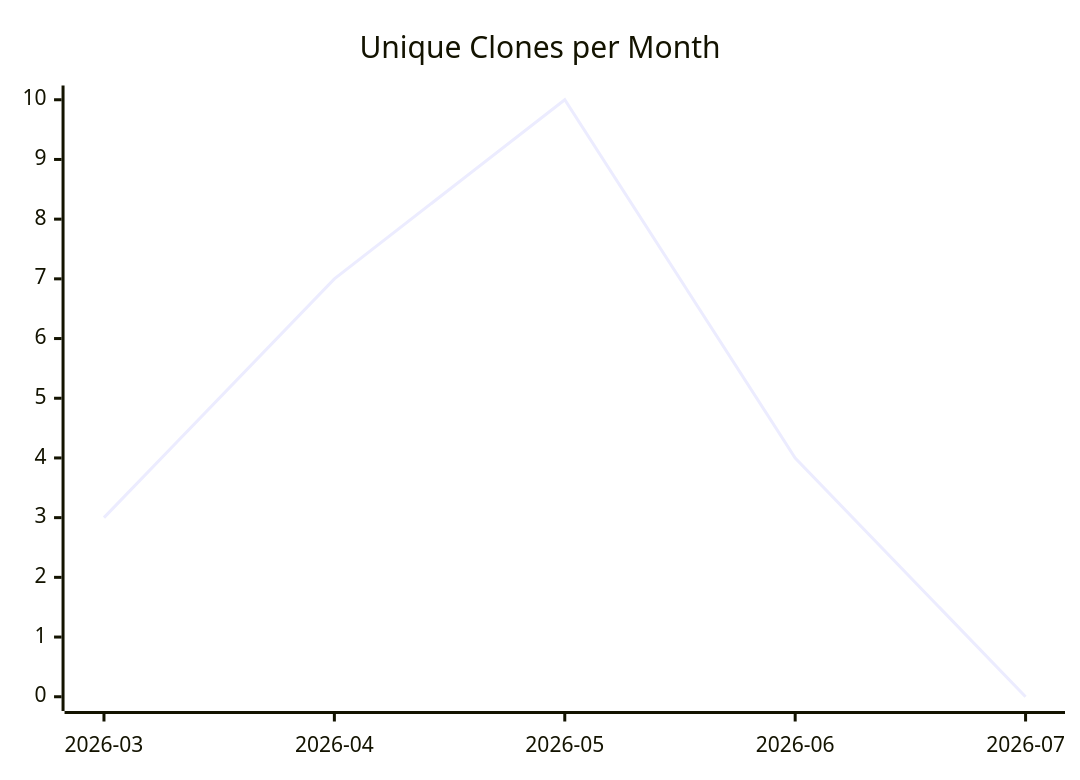
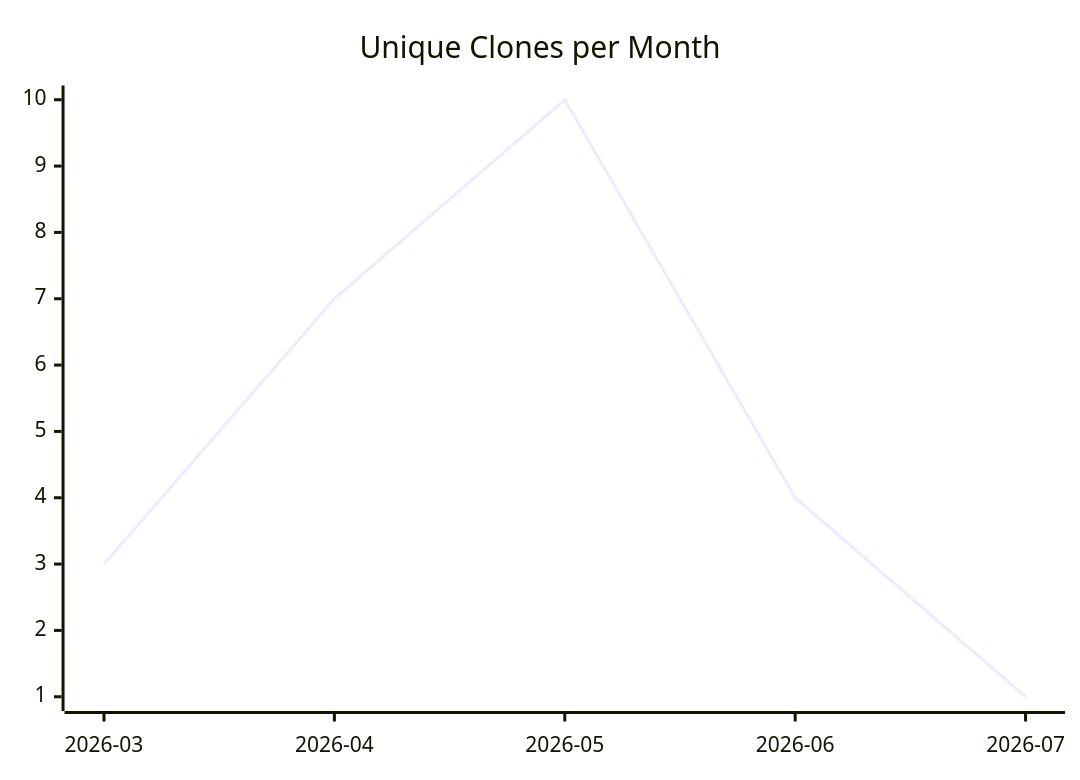
The third of 3 diagrams in karlmdavis/test-repo-for-move/README.md (justdavis-family/github-analytics-data), drawn with Mermaid before and after one commit. The commit also changed other lines of this file and 180 other files, not shown here.

````diff
--- a/karlmdavis/test-repo-for-move/README.md
+++ b/karlmdavis/test-repo-for-move/README.md
@@ -19,6 +19,6 @@
 ```mermaid
 xychart-beta
   title "Unique Clones per Month"
   x-axis ["2026-03", "2026-04", "2026-05", "2026-06", "2026-07"]
-  line [3, 7, 10, 4, 0]
+  line [3, 7, 10, 4, 1]
 ```
````
